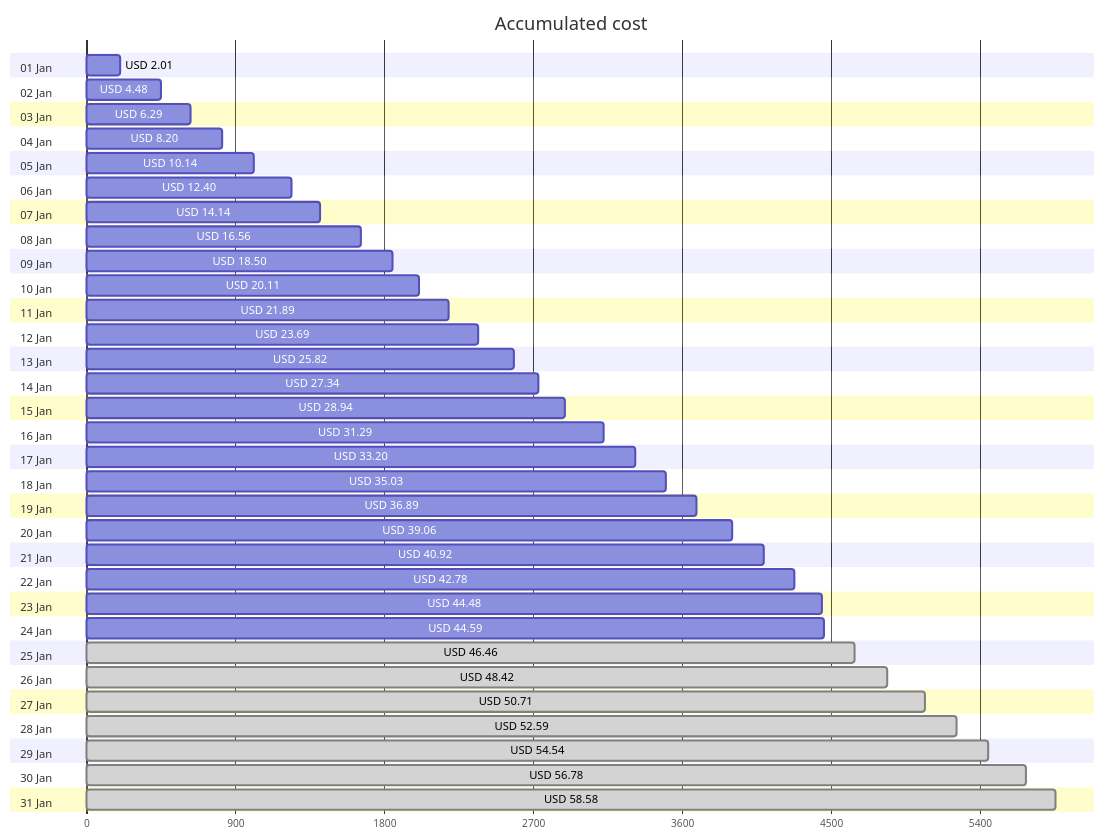
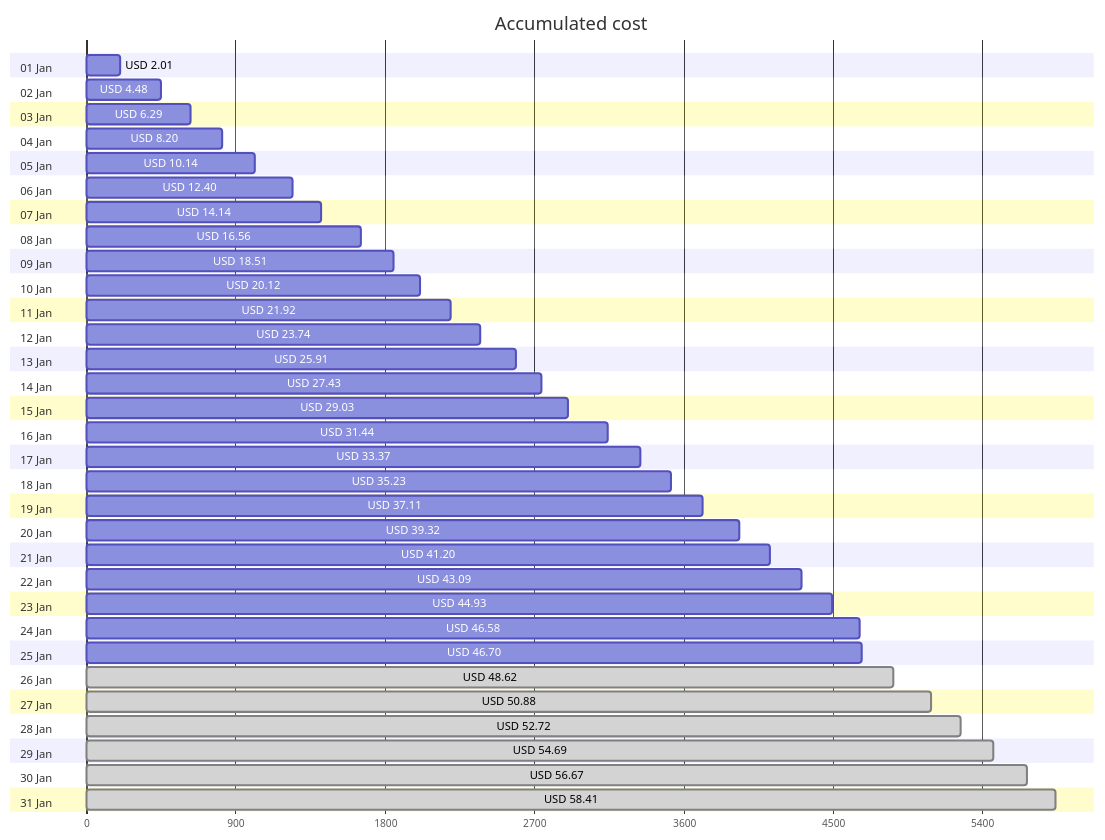
One commit to jpfulton/azure-personal-reports changed the first of 4 diagrams in cost-reports/personal-network/README.md. Above: the diagram before and after it, drawn with Mermaid. The commit also changed other lines of this file and 8 other files, not shown here.

````diff
--- a/cost-reports/personal-network/README.md
+++ b/cost-reports/personal-network/README.md
@@ -20,68 +20,68 @@
 ```mermaid
 gantt
    title Accumulated cost
    dateFormat  X
    axisFormat %s
    section 01 Jan
    USD 2.01 :0, 201
    section 02 Jan
    USD 4.48 :0, 448
    section 03 Jan
    USD 6.29 :0, 629
    section 04 Jan
    USD 8.20 :0, 820
    section 05 Jan
    USD 10.14 :0, 1014
    section 06 Jan
    USD 12.40 :0, 1240
    section 07 Jan
    USD 14.14 :0, 1414
    section 08 Jan
    USD 16.56 :0, 1656
    section 09 Jan
-   USD 18.50 :0, 1850
+   USD 18.51 :0, 1851
    section 10 Jan
-   USD 20.11 :0, 2011
+   USD 20.12 :0, 2012
    section 11 Jan
-   USD 21.89 :0, 2189
+   USD 21.92 :0, 2192
    section 12 Jan
-   USD 23.69 :0, 2369
+   USD 23.74 :0, 2374
    section 13 Jan
-   USD 25.82 :0, 2582
+   USD 25.91 :0, 2591
    section 14 Jan
-   USD 27.34 :0, 2734
+   USD 27.43 :0, 2743
    section 15 Jan
-   USD 28.94 :0, 2894
+   USD 29.03 :0, 2903
    section 16 Jan
-   USD 31.29 :0, 3129
+   USD 31.44 :0, 3144
    section 17 Jan
-   USD 33.20 :0, 3320
+   USD 33.37 :0, 3337
    section 18 Jan
-   USD 35.03 :0, 3503
+   USD 35.23 :0, 3523
    section 19 Jan
-   USD 36.89 :0, 3689
+   USD 37.11 :0, 3711
    section 20 Jan
-   USD 39.06 :0, 3906
+   USD 39.32 :0, 3932
    section 21 Jan
-   USD 40.92 :0, 4092
+   USD 41.20 :0, 4120
    section 22 Jan
-   USD 42.78 :0, 4278
+   USD 43.09 :0, 4309
    section 23 Jan
-   USD 44.48 :0, 4448
+   USD 44.93 :0, 4493
    section 24 Jan
-   USD 44.59 :0, 4459
+   USD 46.58 :0, 4658
    section 25 Jan
-   USD 46.46 : done, 0, 4646
+   USD 46.70 :0, 4670
    section 26 Jan
-   USD 48.42 : done, 0, 4842
+   USD 48.62 : done, 0, 4862
    section 27 Jan
-   USD 50.71 : done, 0, 5071
+   USD 50.88 : done, 0, 5088
    section 28 Jan
-   USD 52.59 : done, 0, 5259
+   USD 52.72 : done, 0, 5272
    section 29 Jan
-   USD 54.54 : done, 0, 5454
+   USD 54.69 : done, 0, 5469
    section 30 Jan
-   USD 56.78 : done, 0, 5678
+   USD 56.67 : done, 0, 5667
    section 31 Jan
-   USD 58.58 : done, 0, 5858
+   USD 58.41 : done, 0, 5841
 ```
````
